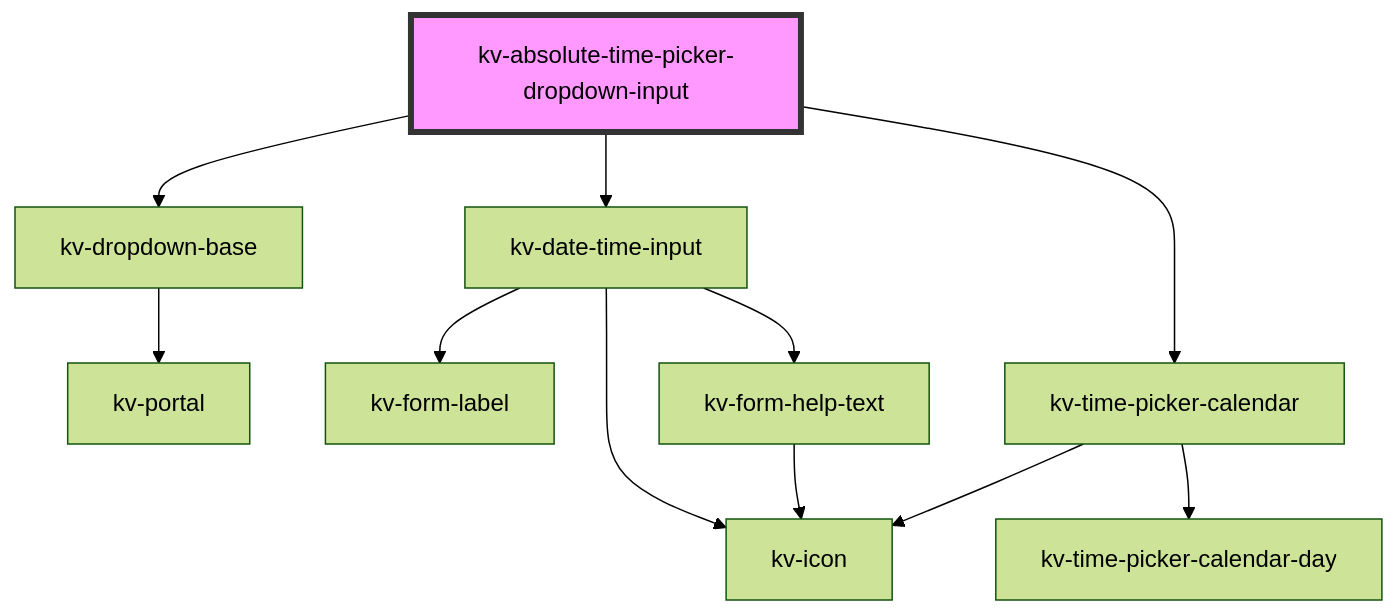
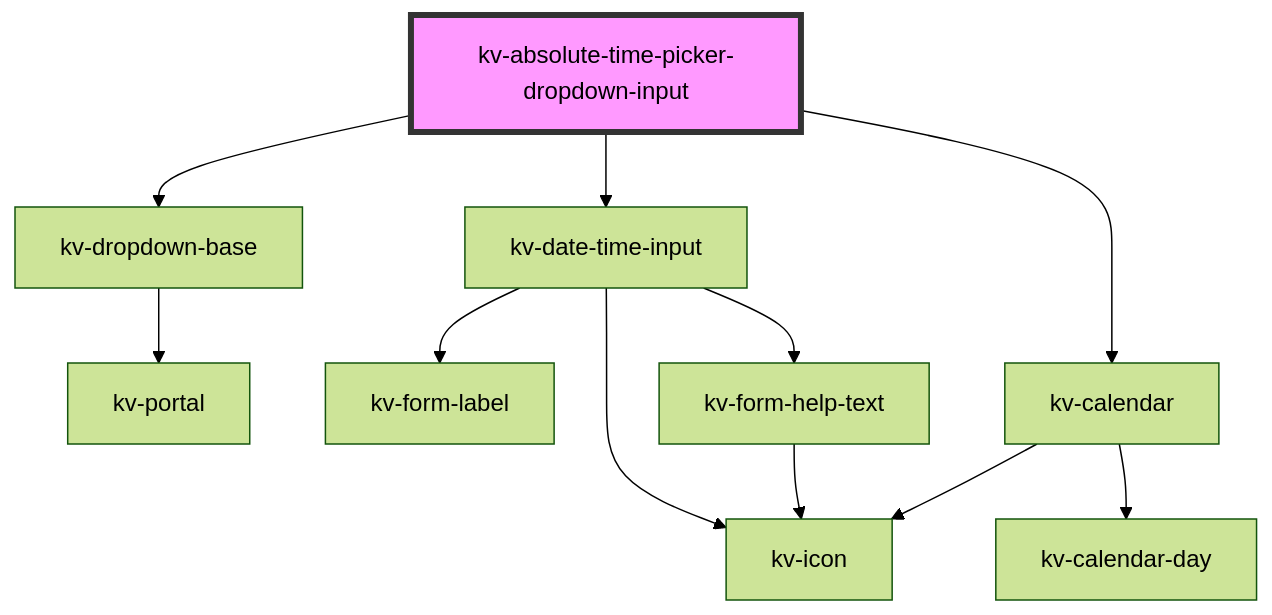
Before and after one commit to kelvininc/ui-components: the diagram in packages/ui-components/src/components/absolute-time-picker-dropdown-input/readme.md, drawn with Mermaid (forest theme). The commit also changed other lines of this file and 46 other files, not shown here.

Commit message:
refactor(calendar)!: rename time picker components

````diff
--- a/packages/ui-components/src/components/absolute-time-picker-dropdown-input/readme.md
+++ b/packages/ui-components/src/components/absolute-time-picker-dropdown-input/readme.md
@@ -65,14 +65,14 @@
 ```mermaid
 graph TD;
   kv-absolute-time-picker-dropdown-input --> kv-dropdown-base
   kv-absolute-time-picker-dropdown-input --> kv-date-time-input
-  kv-absolute-time-picker-dropdown-input --> kv-time-picker-calendar
+  kv-absolute-time-picker-dropdown-input --> kv-calendar
   kv-dropdown-base --> kv-portal
   kv-date-time-input --> kv-form-label
   kv-date-time-input --> kv-icon
   kv-date-time-input --> kv-form-help-text
   kv-form-help-text --> kv-icon
-  kv-time-picker-calendar --> kv-icon
-  kv-time-picker-calendar --> kv-time-picker-calendar-day
+  kv-calendar --> kv-icon
+  kv-calendar --> kv-calendar-day
   style kv-absolute-time-picker-dropdown-input fill:#f9f,stroke:#333,stroke-width:4px
 ```
````
